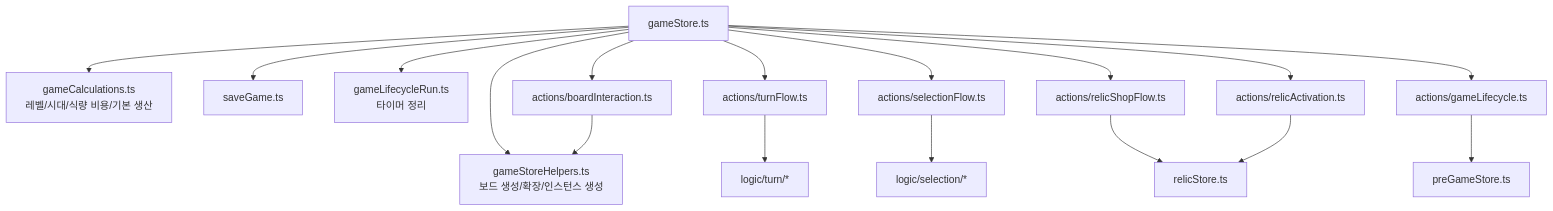
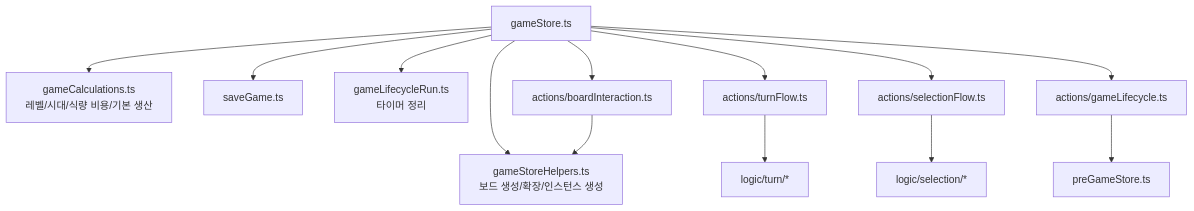
The fourth of 8 diagrams in CODEBASE_DIAGRAM.md (evian-christ/humankind), drawn with Mermaid before and after one commit. The commit also changed other lines of this file and 8 other files, not shown here.

````diff
--- a/CODEBASE_DIAGRAM.md
+++ b/CODEBASE_DIAGRAM.md
@@ -214,27 +200,23 @@
 ```mermaid
 flowchart TB
     GameStore["gameStore.ts"]
     Helpers["gameStoreHelpers.ts\n보드 생성/확장/인스턴스 생성"]
     Calc["gameCalculations.ts\n레벨/시대/식량 비용/기본 생산"]
     Save["saveGame.ts"]
     LifecycleRun["gameLifecycleRun.ts\n타이머 정리"]
 
     GameStore --> Helpers
     GameStore --> Calc
     GameStore --> Save
     GameStore --> LifecycleRun
 
     GameStore --> TurnFlow["actions/turnFlow.ts"]
     GameStore --> SelectionFlow["actions/selectionFlow.ts"]
-    GameStore --> RelicShopFlow["actions/relicShopFlow.ts"]
-    GameStore --> RelicActivation["actions/relicActivation.ts"]
     GameStore --> BoardInteraction["actions/boardInteraction.ts"]
     GameStore --> GameLifecycle["actions/gameLifecycle.ts"]
 
     TurnFlow --> TurnLogic["logic/turn/*"]
     SelectionFlow --> SelectionLogic["logic/selection/*"]
-    RelicShopFlow --> RelicStore["relicStore.ts"]
-    RelicActivation --> RelicStore
     BoardInteraction --> Helpers
     GameLifecycle --> PreGame["preGameStore.ts"]
 ```
````
